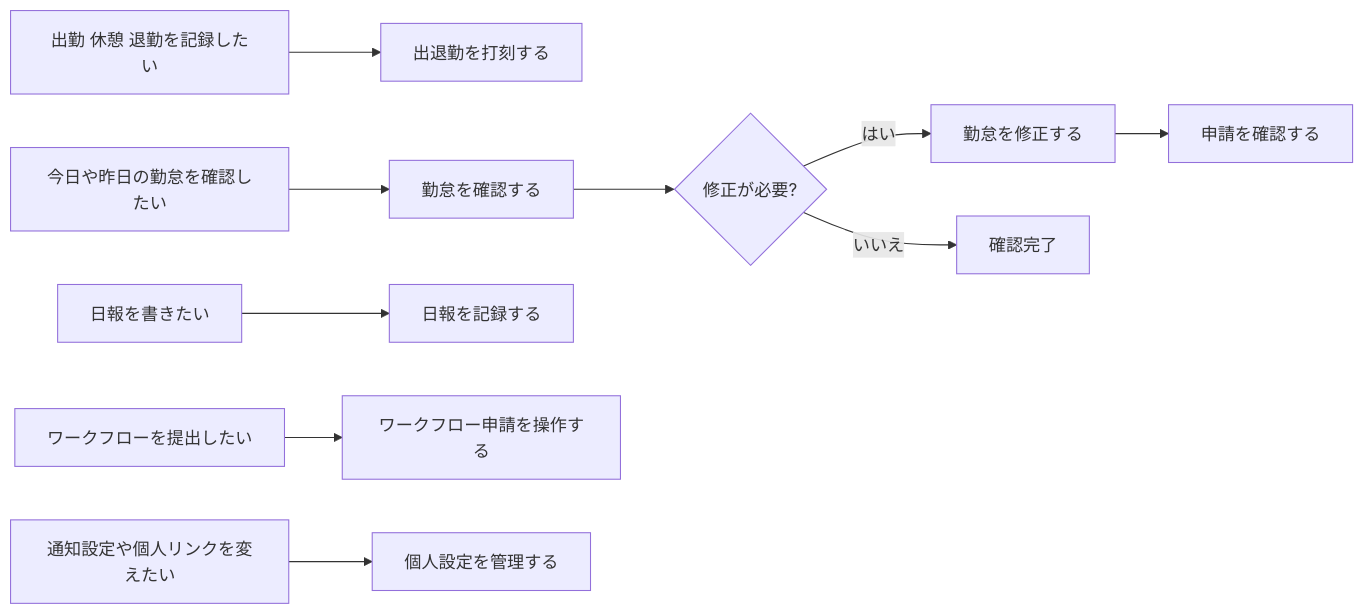
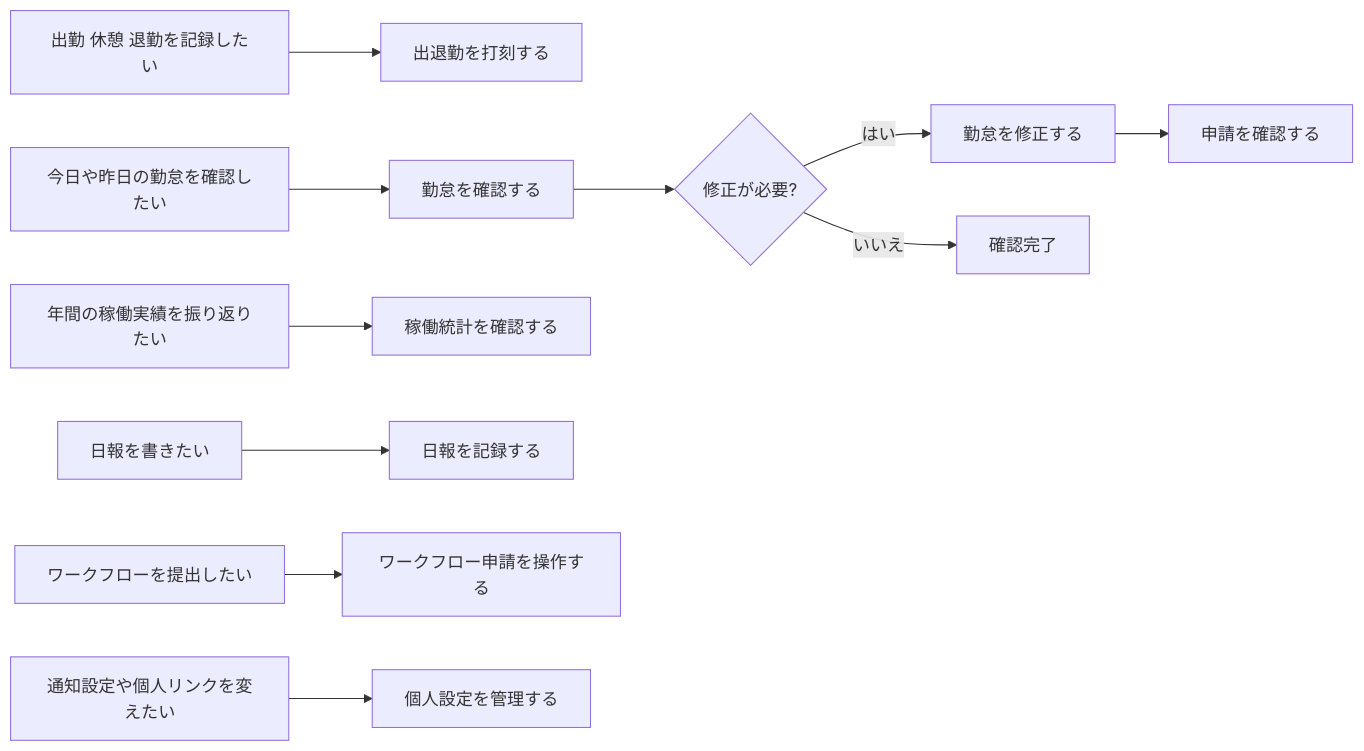
The diagram in docs-site/docs/staff/navigation-map.md (Minasapo/cloud-kintai-minasapo), drawn with Mermaid before and after one commit. The commit also changed other lines of this file and 13 other files, not shown here.

````diff
--- a/docs-site/docs/staff/navigation-map.md
+++ b/docs-site/docs/staff/navigation-map.md
@@ -28,12 +29,13 @@
 ```mermaid
 flowchart LR
 	A[出勤 休憩 退勤を記録したい] --> B[出退勤を打刻する]
 	C[今日や昨日の勤怠を確認したい] --> D[勤怠を確認する]
+	O[年間の稼働実績を振り返りたい] --> P[稼働統計を確認する]
 	D --> E{修正が必要?}
 	E -->|はい| F[勤怠を修正する]
 	F --> G[申請を確認する]
 	E -->|いいえ| H[確認完了]
 	I[日報を書きたい] --> J[日報を記録する]
 	K[ワークフローを提出したい] --> L[ワークフロー申請を操作する]
 	M[通知設定や個人リンクを変えたい] --> N[個人設定を管理する]
 ```
````
